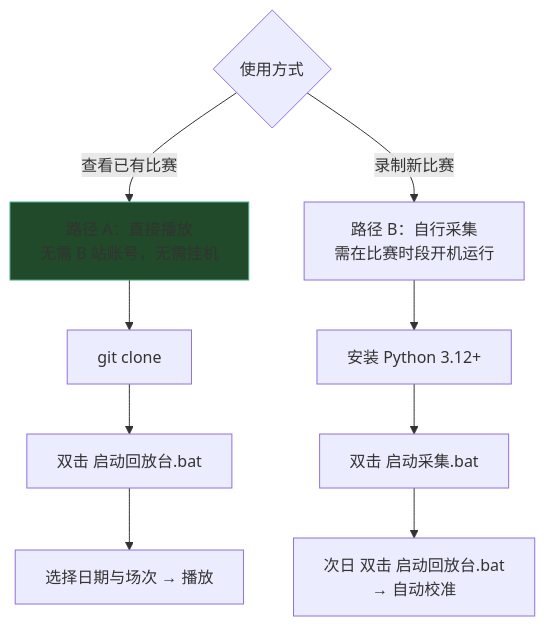
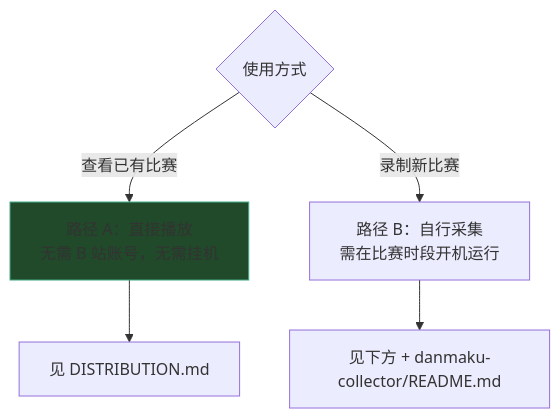
The second of 2 diagrams in README.md (root9701/danmaku-timewarp), drawn with Mermaid before and after one commit. The commit also changed other lines of this file, not shown here.

````diff
--- a/README.md
+++ b/README.md
@@ -135,12 +140,8 @@
 ```mermaid
 flowchart TD
     A{"使用方式"} -->|"查看已有比赛"| B["路径 A：直接播放<br/>无需 B 站账号，无需挂机"]
     A -->|"录制新比赛"| C["路径 B：自行采集<br/>需在比赛时段开机运行"]
-    B --> B1["git clone"]
-    B1 --> B2["双击 启动回放台.bat"]
-    B2 --> B3["选择日期与场次 → 播放"]
-    C --> C1["安装 Python 3.12+"]
-    C1 --> C2["双击 启动采集.bat"]
-    C2 --> C3["次日 双击 启动回放台.bat<br/>→ 自动校准"]
+    B --> B1["见 DISTRIBUTION.md"]
+    C --> C1["见下方 + danmaku-collector/README.md"]
     style B fill:#204a2a,stroke:#4a8
 ```
````
